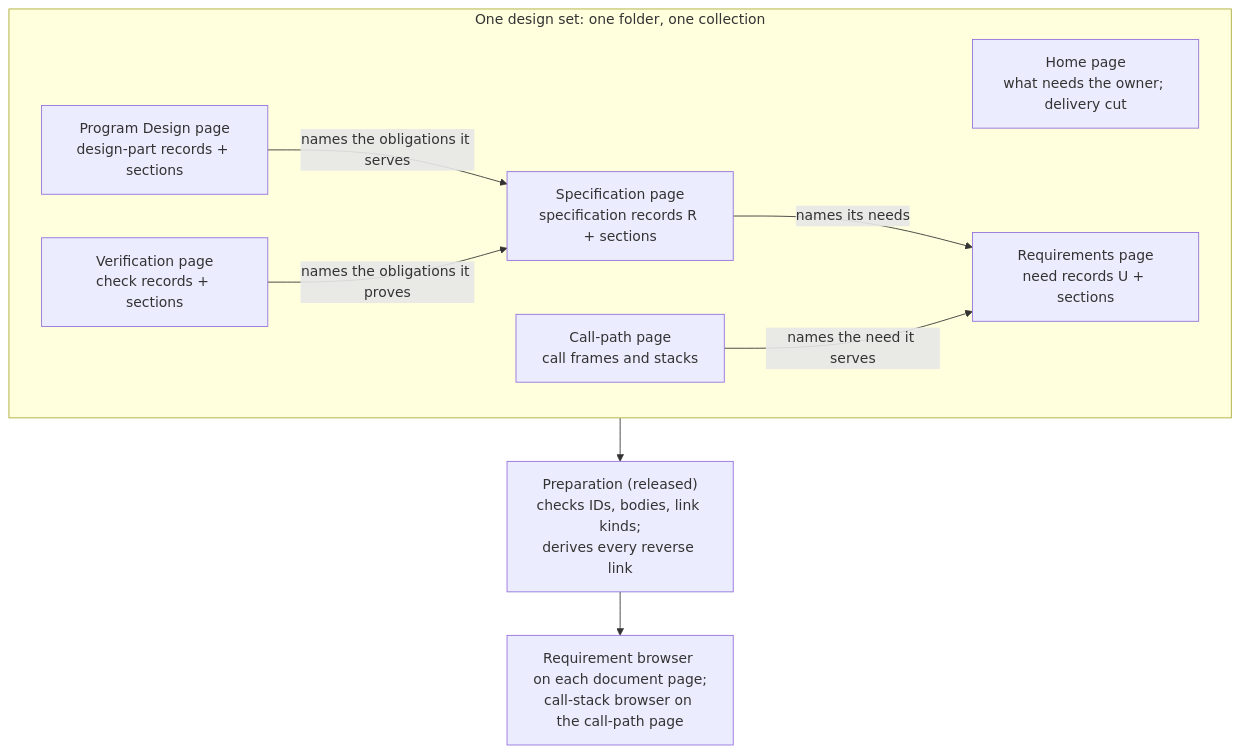
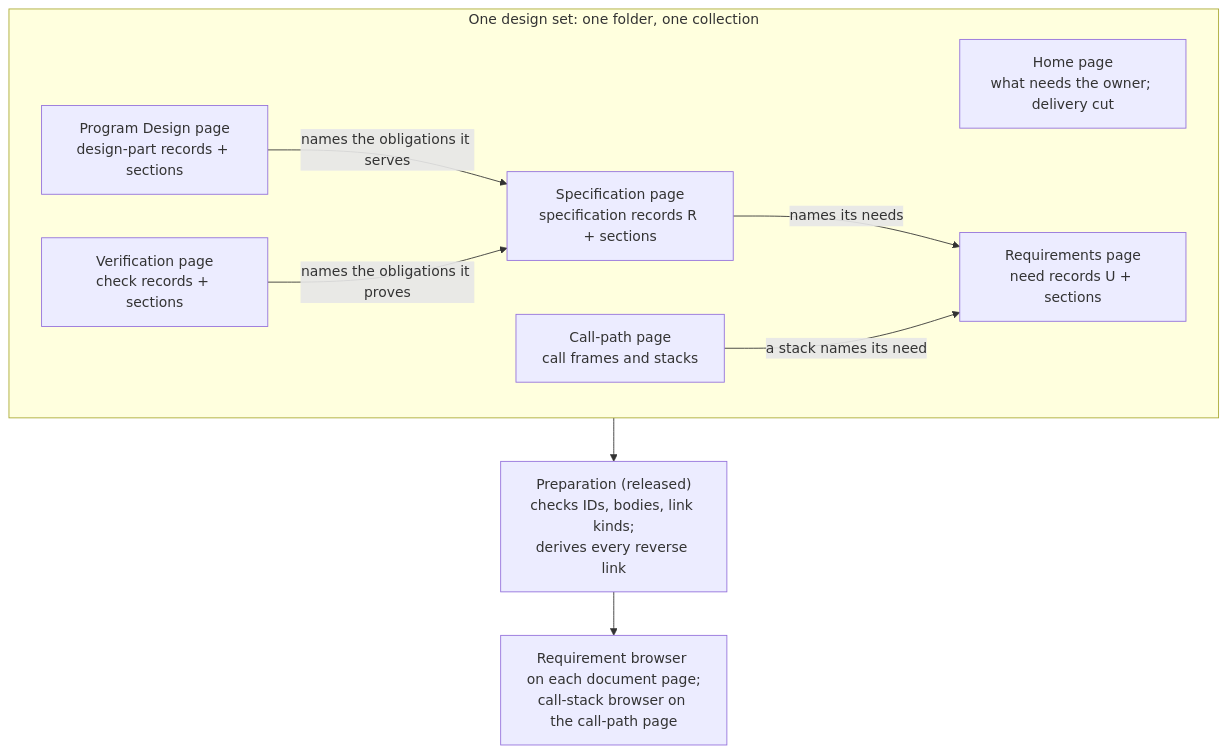
One commit to ShravanSunder/sunstack changed the diagram in docs/wip/skills-authoring/2026-11-07-design-workflow-html/skill-design.md. Above: the diagram before and after it, drawn with Mermaid. The commit also changed other lines of this file and 5 other files, not shown here.

````diff
--- a/docs/wip/skills-authoring/2026-11-07-design-workflow-html/skill-design.md
+++ b/docs/wip/skills-authoring/2026-11-07-design-workflow-html/skill-design.md
@@ -7,18 +7,18 @@
 ```mermaid
 flowchart TB
   subgraph set["One design set: one folder, one collection"]
     home["Home page<br/>what needs the owner; delivery cut"]
     req["Requirements page<br/>need records U + sections"]
     spec["Specification page<br/>specification records R + sections"]
     pd["Program Design page<br/>design-part records + sections"]
     ver["Verification page<br/>check records + sections"]
     calls["Call-path page<br/>call frames and stacks"]
   end
   spec -- "names its needs" --> req
   pd -- "names the obligations it serves" --> spec
   ver -- "names the obligations it proves" --> spec
-  calls -- "names the need it serves" --> req
+  calls -- "a stack names its need" --> req
   prep["Preparation (released)<br/>checks IDs, bodies, link kinds;<br/>derives every reverse link"]
   set --> prep
   prep --> browsers["Requirement browser on each document page;<br/>call-stack browser on the call-path page"]
 ```
````
